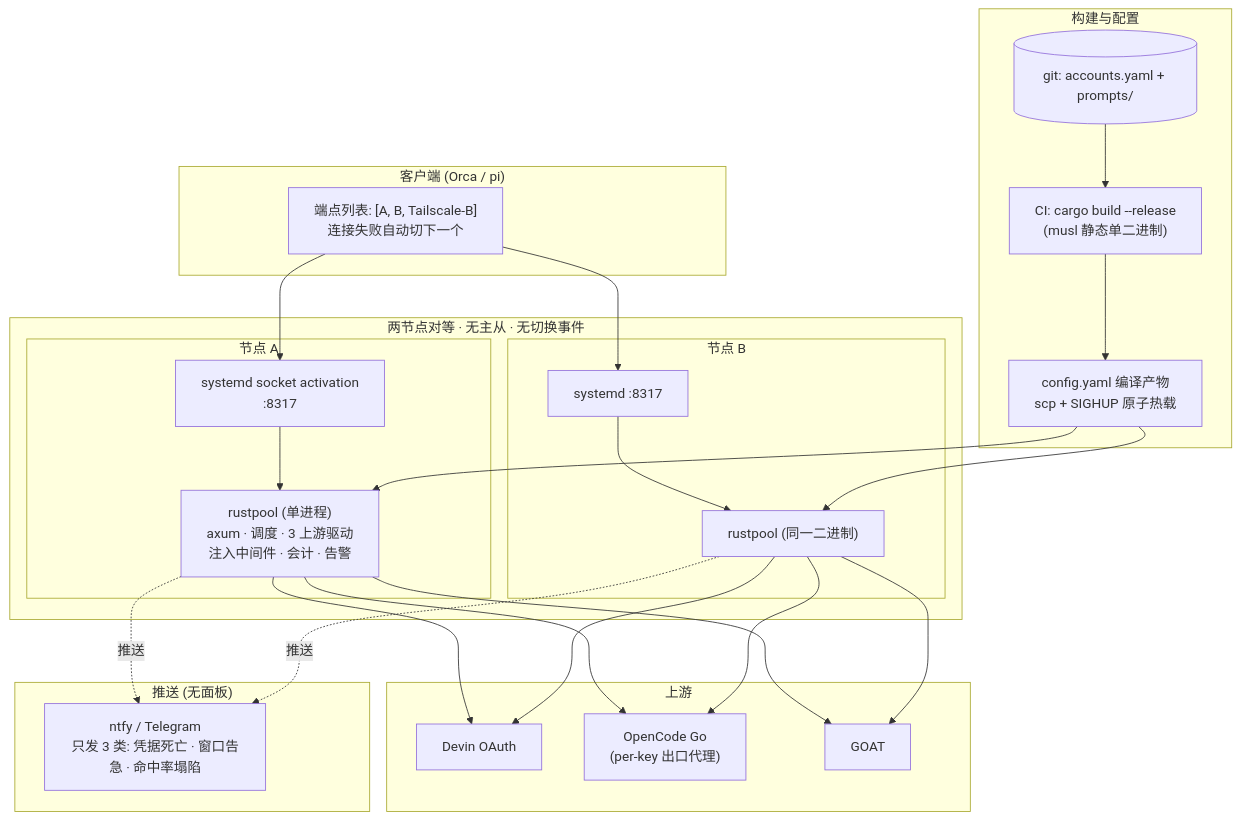
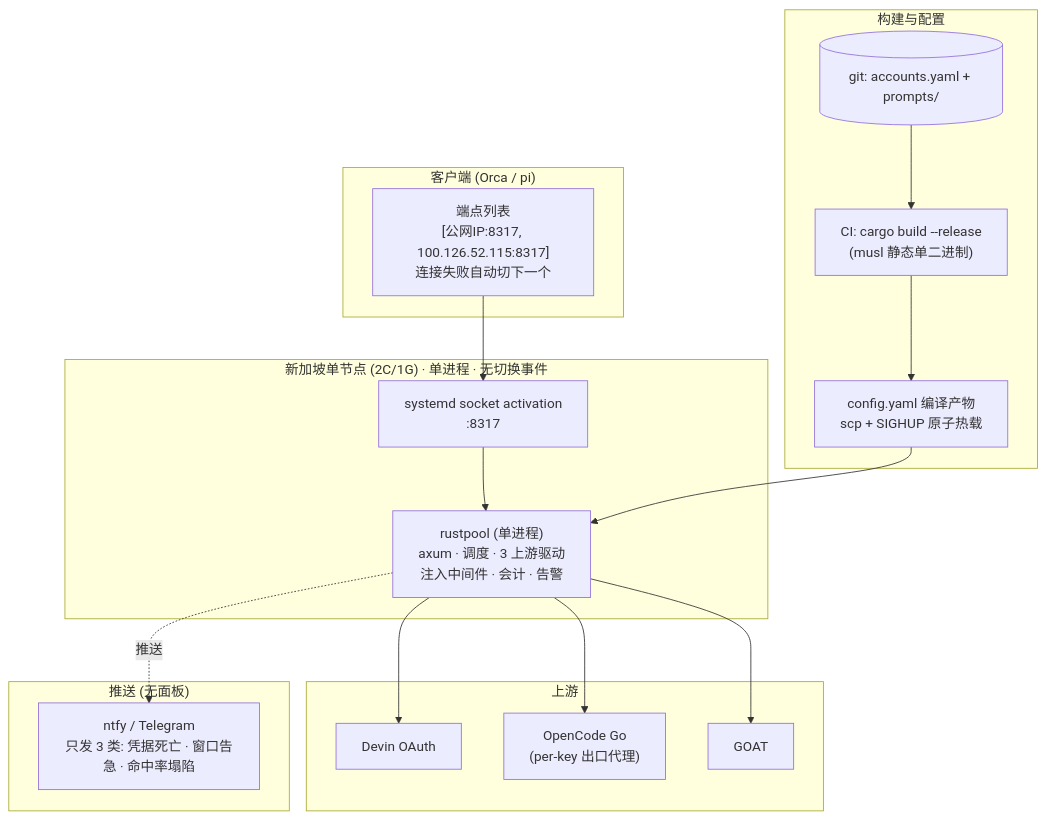
The first of 3 diagrams in docs/architecture.md (ShizkMoon/orca-ai-pool), drawn with Mermaid before and after one commit. The commit also changed other lines of this file, not shown here.

````diff
--- a/docs/architecture.md
+++ b/docs/architecture.md
@@ -32,37 +35,28 @@
 ```mermaid
 flowchart TB
     subgraph CLIENTS["客户端 (Orca / pi)"]
-        C1["端点列表: [A, B, Tailscale-B]<br/>连接失败自动切下一个"]
+        C1["端点列表<br/>[公网IP:8317, 100.126.52.115:8317]<br/>连接失败自动切下一个"]
     end
-    subgraph NODES["两节点对等 · 无主从 · 无切换事件"]
-        subgraph A["节点 A"]
-            SA["systemd socket activation<br/>:8317"]
-            RA["rustpool (单进程)<br/>axum · 调度 · 3 上游驱动<br/>注入中间件 · 会计 · 告警"]
-        end
-        subgraph Bn["节点 B"]
-            SB["systemd :8317"]
-            RB["rustpool (同一二进制)"]
-        end
+    subgraph NODE["新加坡单节点 (2C/1G) · 单进程 · 无切换事件"]
+        SA["systemd socket activation<br/>:8317"]
+        RA["rustpool (单进程)<br/>axum · 调度 · 3 上游驱动<br/>注入中间件 · 会计 · 告警"]
     end
     subgraph SRC["构建与配置"]
         GIT[("git: accounts.yaml + prompts/")]
         CI["CI: cargo build --release<br/>(musl 静态单二进制)"]
         CFG["config.yaml 编译产物<br/>scp + SIGHUP 原子热载"]
     end
     subgraph UP["上游"]
         DEV["Devin OAuth"]
         GOG["OpenCode Go<br/>(per-key 出口代理)"]
         GOAT["GOAT"]
     end
     subgraph NOTIFY["推送 (无面板)"]
         NT["ntfy / Telegram<br/>只发 3 类: 凭据死亡 · 窗口告急 · 命中率塌陷"]
     end
-    C1 --> SA & SB
+    C1 --> SA
     SA --> RA
-    SB --> RB
     RA --> DEV & GOG & GOAT
-    RB --> DEV & GOG & GOAT
-    GIT --> CI --> CFG --> RA & RB
+    GIT --> CI --> CFG --> RA
     RA -.推送.-> NT
-    RB -.推送.-> NT
 ```
````
